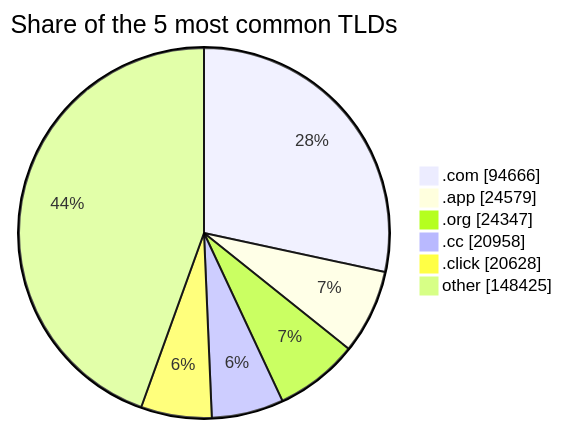
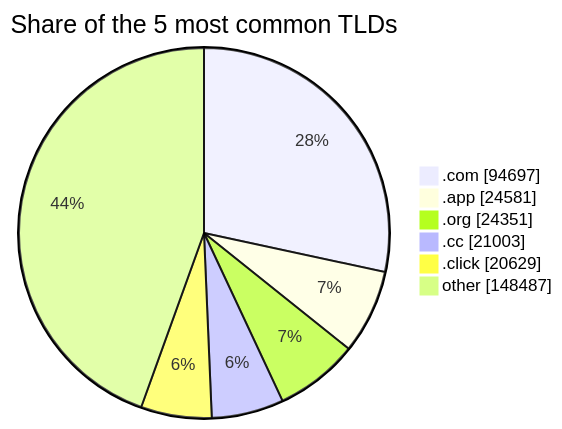
One commit to DNSBunker/CTI changed the third of 3 diagrams in README.md. Above: the diagram before and after it, drawn with Mermaid. The commit also changed other lines of this file and 4 other files, not shown here.

````diff
--- a/README.md
+++ b/README.md
@@ -81,9 +81,9 @@
 ```mermaid
 pie showData title Share of the 5 most common TLDs
-    ".com" : 94666
-    ".app" : 24579
-    ".org" : 24347
-    ".cc" : 20958
-    ".click" : 20628
-    "other" : 148425
+    ".com" : 94697
+    ".app" : 24581
+    ".org" : 24351
+    ".cc" : 21003
+    ".click" : 20629
+    "other" : 148487
 ```
````
